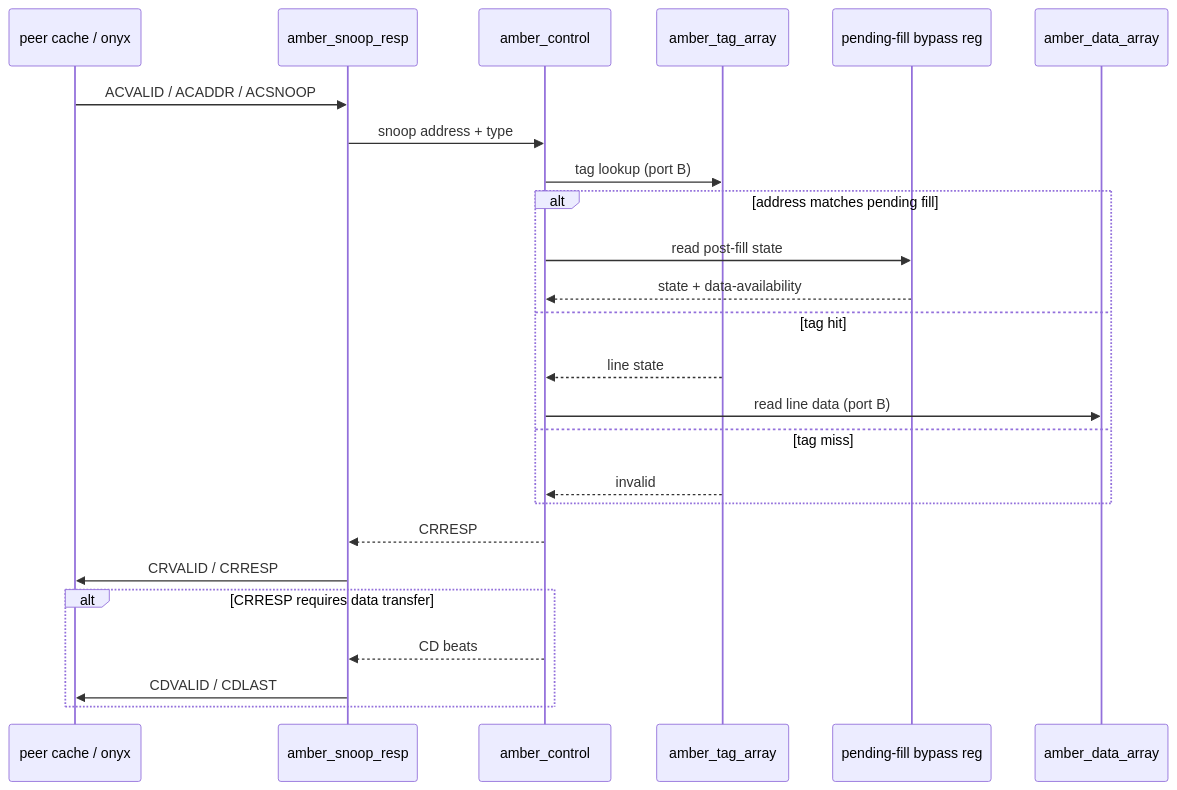
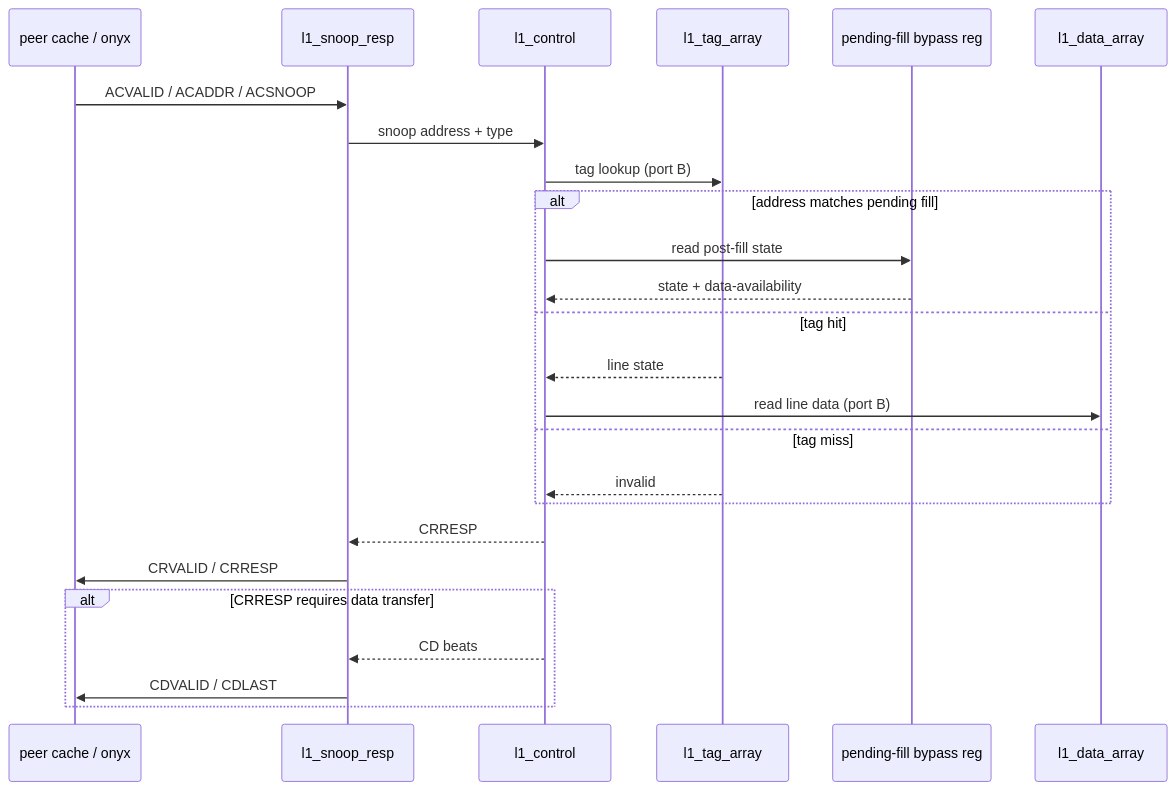
Before and after one commit to sean-galloway/RTLDesignSherpa: the diagram in projects/components/cache-ip/amber-mesi-l1/docs/amber_has/ch03_architecture/04_coherence_fsm.md, drawn with Mermaid. The commit also changed other lines of this file and 21 other files, not shown here.

First line of the commit message:
docs(amber-has): v0.9 — l1_* rename sweep, ACE #106 + PF_GUARD architecture updates

````diff
--- a/projects/components/cache-ip/amber-mesi-l1/docs/amber_has/ch03_architecture/04_coherence_fsm.md
+++ b/projects/components/cache-ip/amber-mesi-l1/docs/amber_has/ch03_architecture/04_coherence_fsm.md
@@ -72,28 +72,28 @@
 ```mermaid
 sequenceDiagram
     participant PEER as peer cache / onyx
-    participant ADAPTER as amber_snoop_resp
-    participant CTRL as amber_control
-    participant TAG as amber_tag_array
+    participant ADAPTER as l1_snoop_resp
+    participant CTRL as l1_control
+    participant TAG as l1_tag_array
     participant BYPASS as pending-fill bypass reg
-    participant DATA as amber_data_array
+    participant DATA as l1_data_array
 
     PEER->>ADAPTER: ACVALID / ACADDR / ACSNOOP
     ADAPTER->>CTRL: snoop address + type
     CTRL->>TAG: tag lookup (port B)
     alt address matches pending fill
         CTRL->>BYPASS: read post-fill state
         BYPASS-->>CTRL: state + data-availability
     else tag hit
         TAG-->>CTRL: line state
         CTRL->>DATA: read line data (port B)
     else tag miss
         TAG-->>CTRL: invalid
     end
     CTRL-->>ADAPTER: CRRESP
     ADAPTER->>PEER: CRVALID / CRRESP
     alt CRRESP requires data transfer
         CTRL-->>ADAPTER: CD beats
         ADAPTER->>PEER: CDVALID / CDLAST
     end
 ```
````
